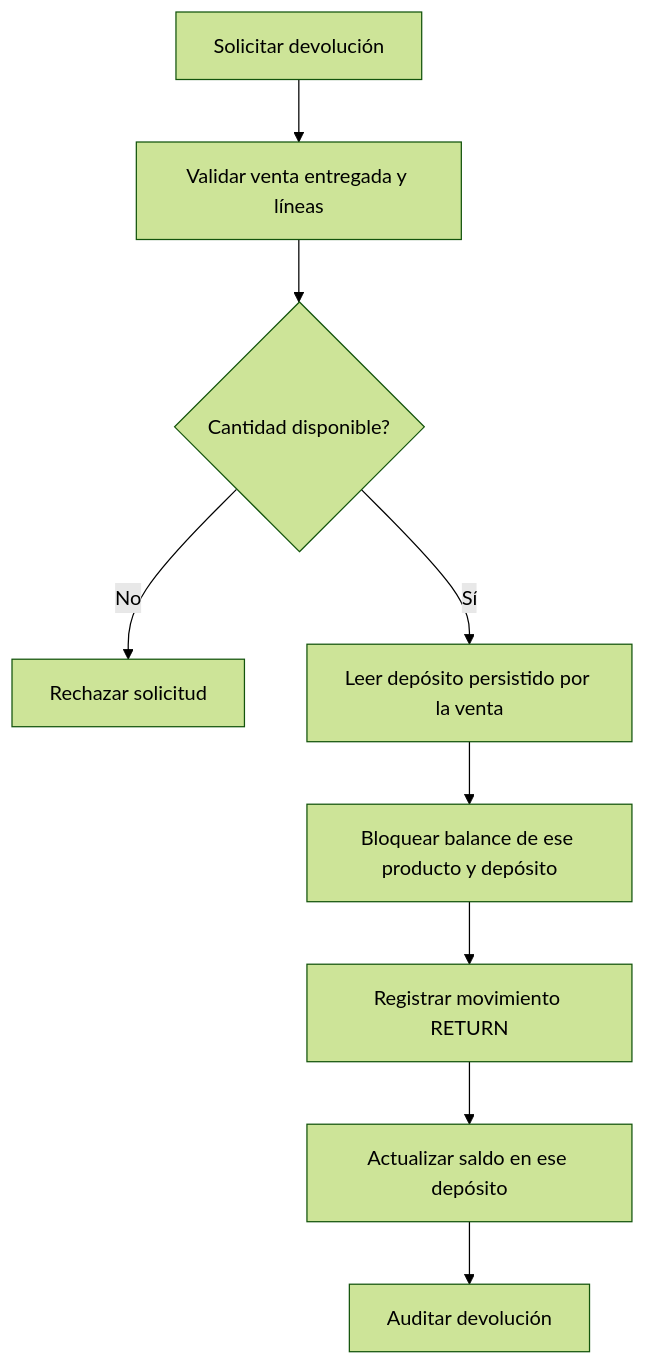
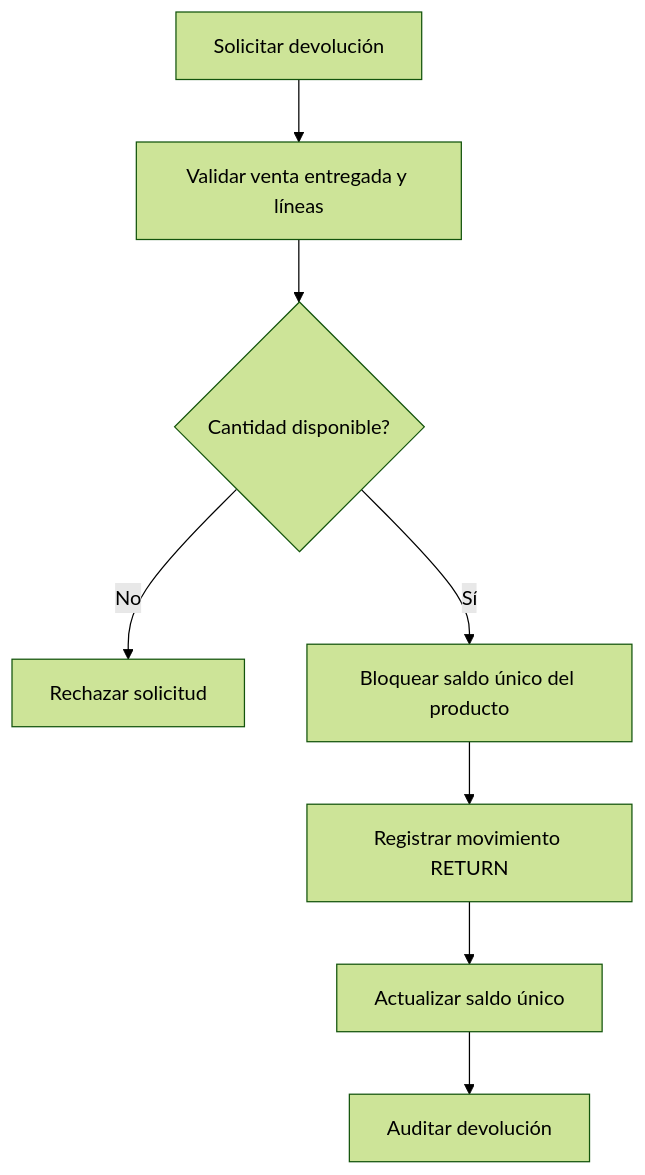
One commit to Martinrc93/distribuidoraCore changed the diagram in docs/diagrams/inventory/flow-return.md. Above: the diagram before and after it, drawn with Mermaid (forest theme). The commit also changed 53 other files, not shown here.

````diff
--- a/docs/diagrams/inventory/flow-return.md
+++ b/docs/diagrams/inventory/flow-return.md
@@ -3,11 +3,10 @@
 ```mermaid
 flowchart TD
     A[Solicitar devolución] --> B[Validar venta entregada y líneas]
     B --> C{Cantidad disponible?}
     C -->|No| D[Rechazar solicitud]
-    C -->|Sí| E[Leer depósito persistido por la venta]
-    E --> F[Bloquear balance de ese producto y depósito]
-    F --> G[Registrar movimiento RETURN]
-    G --> H[Actualizar saldo en ese depósito]
-    H --> I[Auditar devolución]
+    C -->|Sí| E[Bloquear saldo único del producto]
+    E --> F[Registrar movimiento RETURN]
+    F --> G[Actualizar saldo único]
+    G --> H[Auditar devolución]
 ```
````
